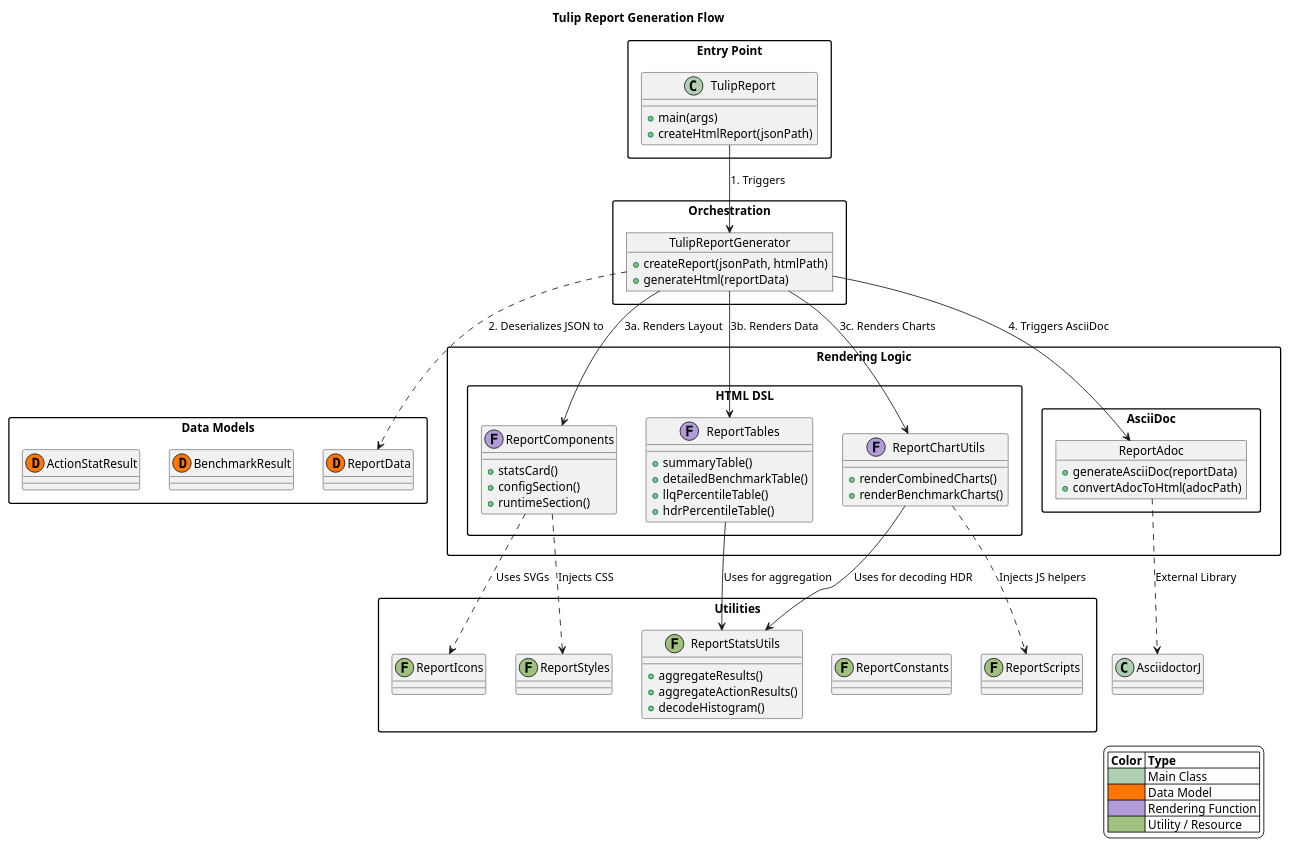
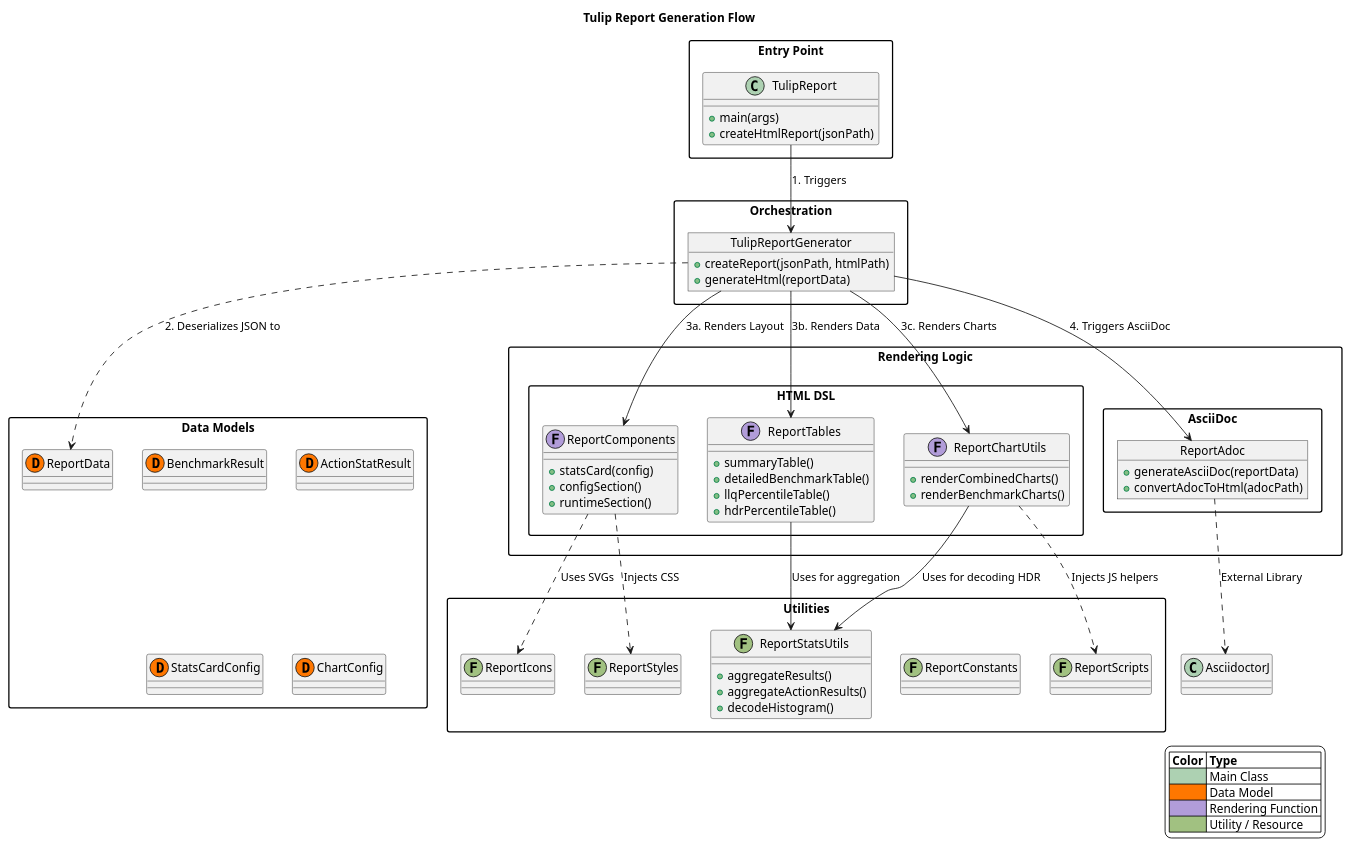
One commit to tulipltt/Tulip changed the diagram in tulip-report/README.adoc. Above: the diagram before and after it, drawn with PlantUML. The commit also changed other lines of this file, not shown here.

```diff
--- a/tulip-report/README.adoc
+++ b/tulip-report/README.adoc
@@ -119,12 +125,14 @@
     class ReportData << (D,#FF7700) >>
     class BenchmarkResult << (D,#FF7700) >>
     class ActionStatResult << (D,#FF7700) >>
+    class StatsCardConfig << (D,#FF7700) >>
+    class ChartConfig << (D,#FF7700) >>
 }
 
 package "Rendering Logic" {
     package "HTML DSL" {
         class ReportComponents << (F,#B19CD9) >> {
-            + statsCard()
+            + statsCard(config)
             + configSection()
             + runtimeSection()
         }
```
